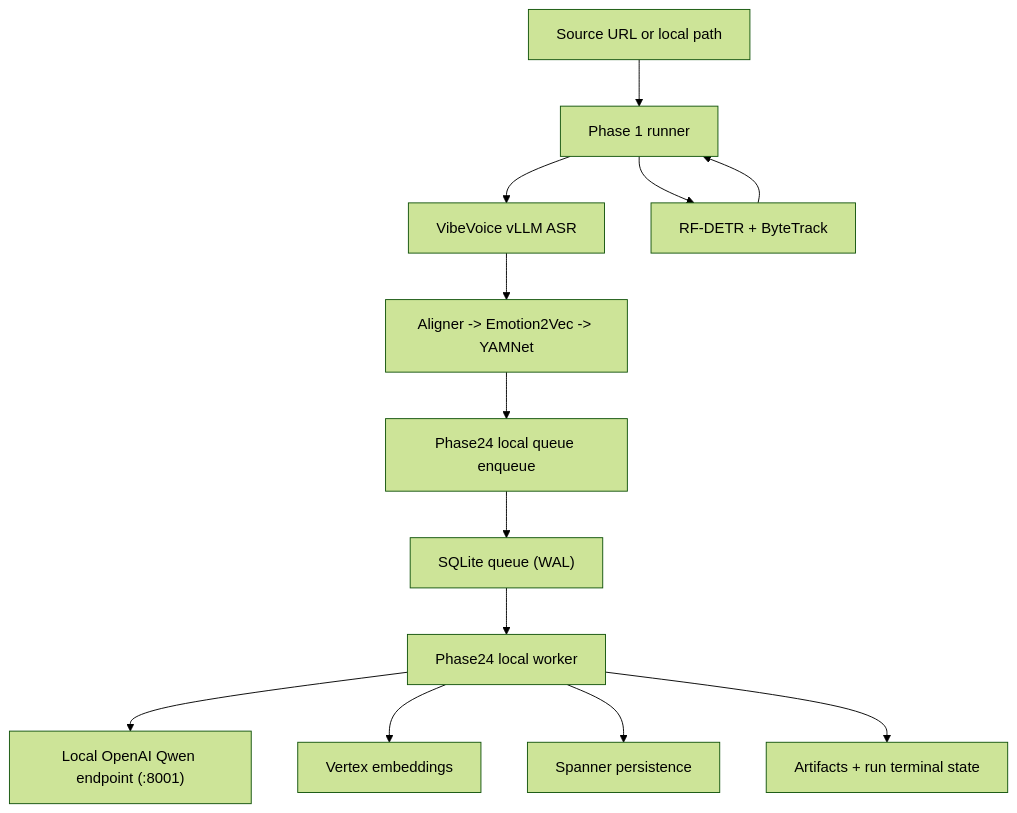
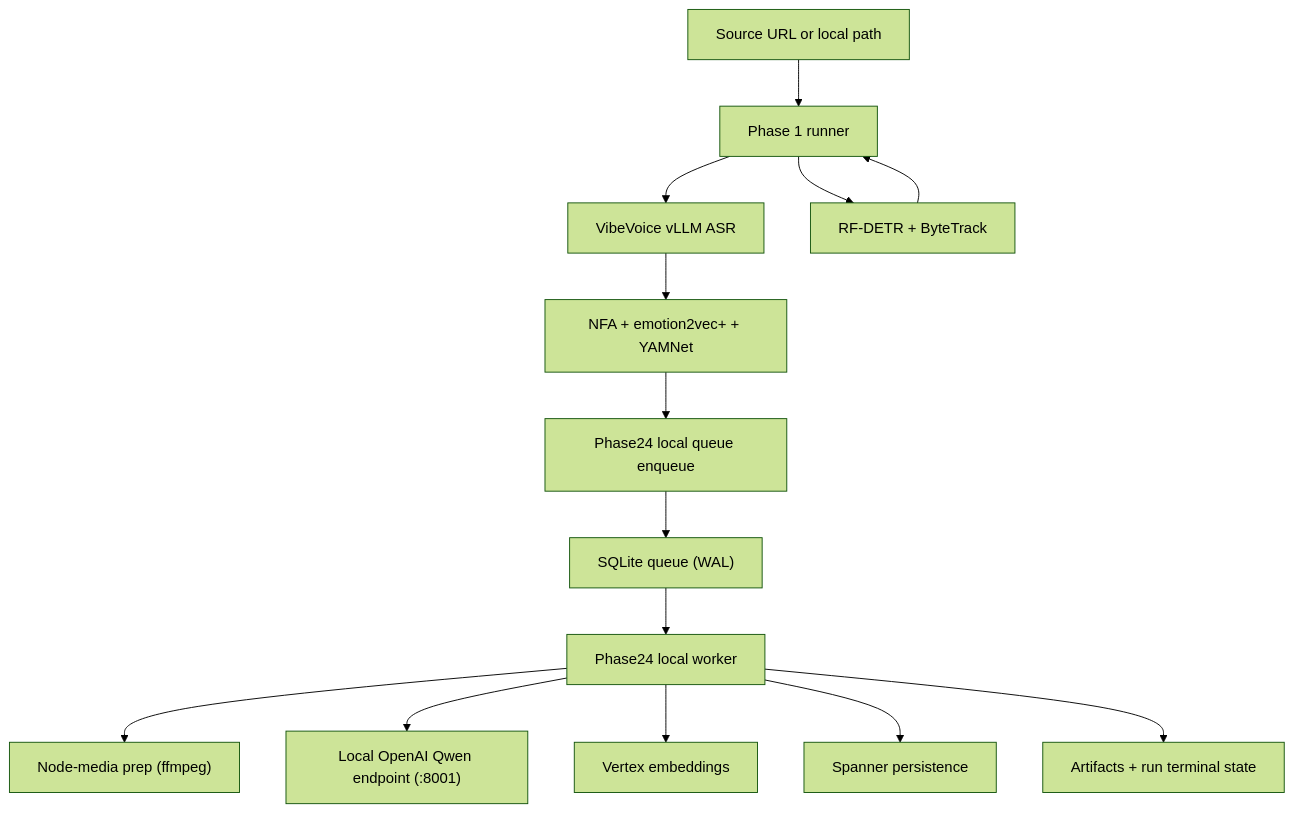
The diagram in docs/ARCHITECTURE.md (ClyptAI/Clypt-Backend), drawn with Mermaid (forest theme) before and after one commit. The commit also changed other lines of this file and 9 other files, not shown here.

````diff
--- a/docs/ARCHITECTURE.md
+++ b/docs/ARCHITECTURE.md
@@ -10,27 +14,29 @@
 ```mermaid
 flowchart TD
   source["Source URL or local path"]
   p1["Phase 1 runner"]
   asr["VibeVoice vLLM ASR"]
-  audio["Aligner -> Emotion2Vec -> YAMNet"]
+  audio["NFA + emotion2vec+ + YAMNet"]
   visual["RF-DETR + ByteTrack"]
+  mediaprep["Node-media prep (ffmpeg)"]
   handoff["Phase24 local queue enqueue"]
   q["SQLite queue (WAL)"]
   w["Phase24 local worker"]
   llm["Local OpenAI Qwen endpoint (:8001)"]
   emb["Vertex embeddings"]
   sp["Spanner persistence"]
   out["Artifacts + run terminal state"]
 
   source --> p1
   p1 --> asr
   p1 --> visual
   asr --> audio
   audio --> handoff
   handoff --> q --> w
+  w --> mediaprep
   w --> llm
   w --> emb
   w --> sp
   visual --> p1
   w --> out
 ```
````
